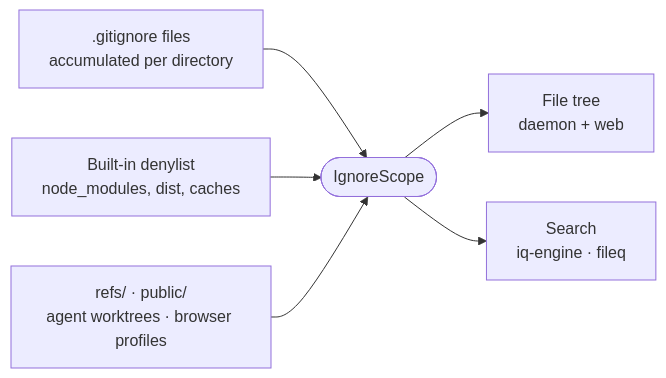
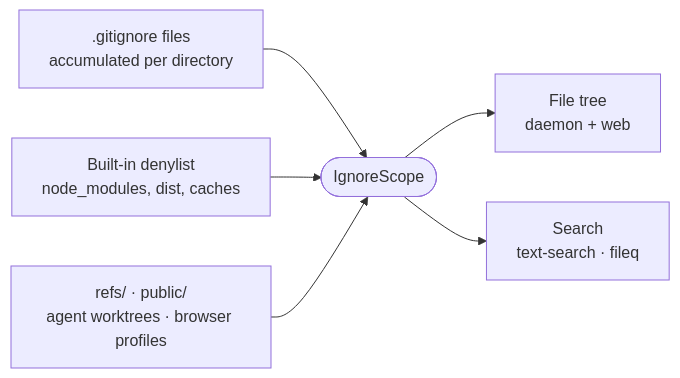
One commit to intentic/intentic changed the diagram in _shared/workspace-ignore/README.md. Above: the diagram before and after it, drawn with Mermaid. The commit also changed 560 other files, not shown here.

First line of the commit message:
refactor(search): remove iq semantic search tool and replace with text search

````diff
--- a/_shared/workspace-ignore/README.md
+++ b/_shared/workspace-ignore/README.md
@@ -5,8 +5,8 @@
 ```mermaid
 flowchart LR
     gitignore[".gitignore files<br/>accumulated per directory"] --> scope(["IgnoreScope"])
     denylist["Built-in denylist<br/>node_modules, dist, caches"] --> scope
     reserved["refs/ · public/<br/>agent worktrees · browser profiles"] --> scope
     scope --> tree["File tree<br/>daemon + web"]
-    scope --> search["Search<br/>iq-engine · fileq"]
+    scope --> search["Search<br/>text-search · fileq"]
 ```
````
